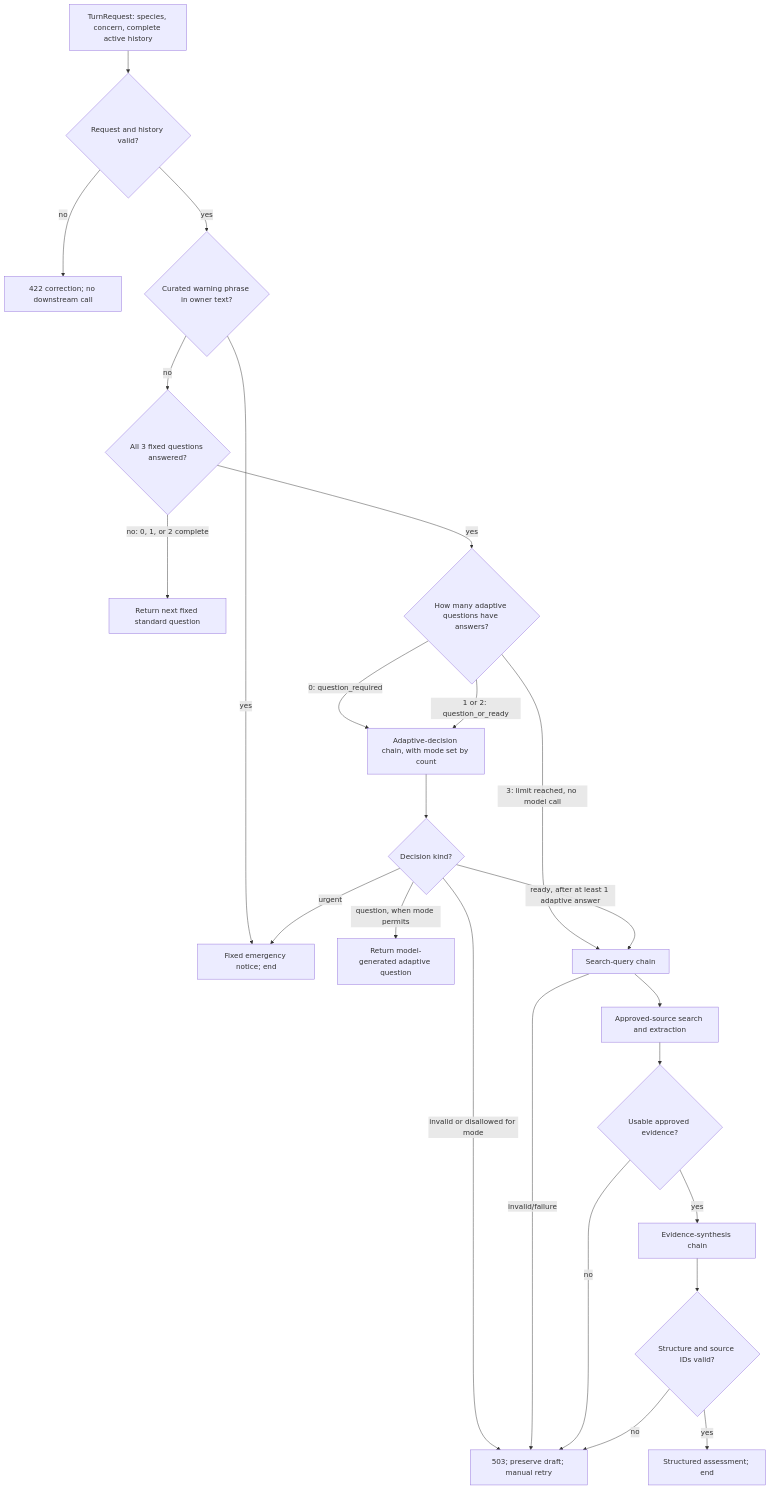
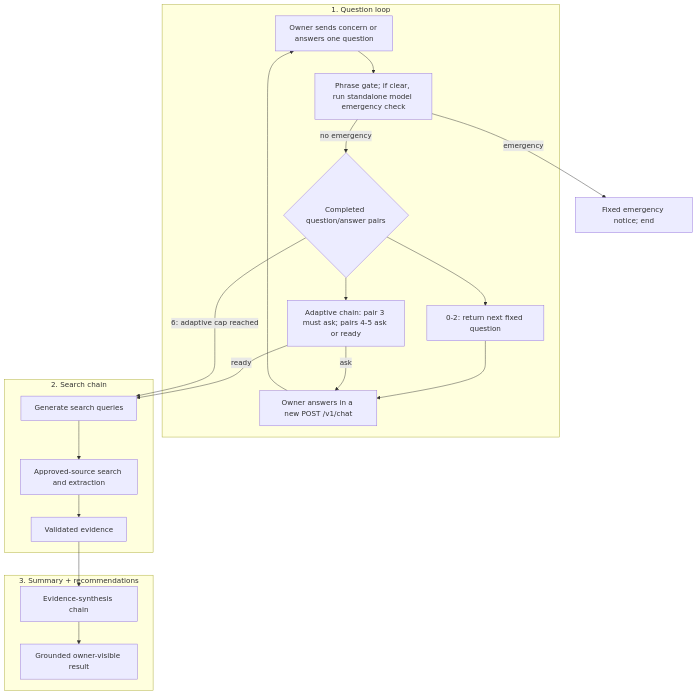
The diagram in src/backend/README.md (jkind9/VetAI), drawn with Mermaid before and after one commit. The commit also changed other lines of this file and 18 other files, not shown here.

Commit message:
test: integrate emergency check across runtime journeys

````diff
--- a/src/backend/README.md
+++ b/src/backend/README.md
@@ -29,45 +29,39 @@
 ```mermaid
 flowchart TD
-    request["TurnRequest: species, concern, complete active history"]
-    valid{"Request and history valid?"}
-    input_error["422 correction; no downstream call"]
-    emergency{"Curated warning phrase in owner text?"}
+    subgraph questions["1. Question loop"]
+        request["Owner sends concern or answers one question"]
+        safety["Phrase gate; if clear, run standalone model emergency check"]
+        phase{"Completed question/answer pairs"}
+        fixed["0-2: return next fixed question"]
+        adaptive["Adaptive chain: pair 3 must ask; pairs 4-5 ask or ready"]
+        answer["Owner answers in a new POST /v1/chat"]
+
+        request --> safety
+        safety -->|no emergency| phase
+        phase --> fixed
+        phase --> adaptive
+        fixed --> answer
+        adaptive -->|ask| answer
+        answer --> request
+    end
+
+    subgraph searching["2. Search chain"]
+        query["Generate search queries"]
+        search["Approved-source search and extraction"]
+        evidence["Validated evidence"]
+        query --> search --> evidence
+    end
+
+    subgraph summary["3. Summary + recommendations"]
+        synthesis["Evidence-synthesis chain"]
+        assessment["Grounded owner-visible result"]
+        synthesis --> assessment
+    end
+
     emergency_notice["Fixed emergency notice; end"]
-    standard{"All 3 fixed questions answered?"}
-    standard_question["Return next fixed standard question"]
-    adaptive_count{"How many adaptive questions have answers?"}
-    adaptive["Adaptive-decision chain, with mode set by count"]
-    adaptive_result{"Decision kind?"}
-    adaptive_question["Return model-generated adaptive question"]
-    query["Search-query chain"]
-    search["Approved-source search and extraction"]
-    evidence{"Usable approved evidence?"}
-    synthesis["Evidence-synthesis chain"]
-    grounding{"Structure and source IDs valid?"}
-    assessment["Structured assessment; end"]
-    service_error["503; preserve draft; manual retry"]
 
-    request --> valid
-    valid -->|no| input_error
-    valid -->|yes| emergency
-    emergency -->|yes| emergency_notice
-    emergency -->|no| standard
-    standard -->|no: 0, 1, or 2 complete| standard_question
-    standard -->|yes| adaptive_count
-    adaptive_count -->|0: question_required| adaptive
-    adaptive_count -->|1 or 2: question_or_ready| adaptive
-    adaptive_count -->|3: limit reached, no model call| query
-    adaptive --> adaptive_result
-    adaptive_result -->|urgent| emergency_notice
-    adaptive_result -->|question, when mode permits| adaptive_question
-    adaptive_result -->|ready, after at least 1 adaptive answer| query
-    adaptive_result -->|invalid or disallowed for mode| service_error
-    query -->|invalid/failure| service_error
-    query --> search
-    search --> evidence
-    evidence -->|no| service_error
-    evidence -->|yes| synthesis
-    synthesis --> grounding
-    grounding -->|no| service_error
-    grounding -->|yes| assessment
+    safety -->|emergency| emergency_notice
+    adaptive -->|ready| query
+    phase -->|6: adaptive cap reached| query
+    evidence --> synthesis
 ```
````
